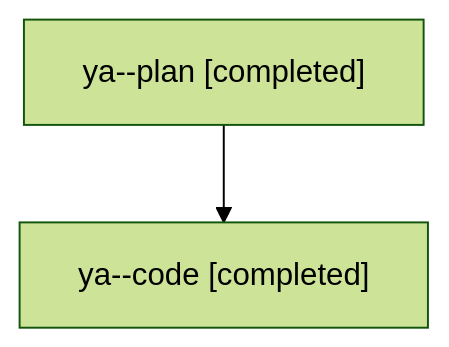
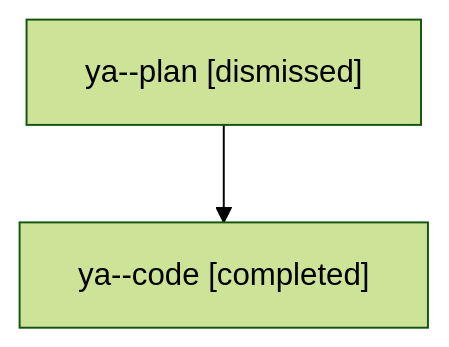
The diagram in families/bbugyi200.athena.ya.md (sase-org/sase--agents), drawn with Mermaid (forest theme) before and after one commit. The commit also changed other lines of this file and 1607 other files, not shown here.

````diff
--- a/families/bbugyi200.athena.ya.md
+++ b/families/bbugyi200.athena.ya.md
@@ -9,6 +9,6 @@
 ```mermaid
 flowchart TD
-  n0["ya--plan [completed]"]
+  n0["ya--plan [dismissed]"]
   n1["ya--code [completed]"]
   n0 --> n1
 ```
````
